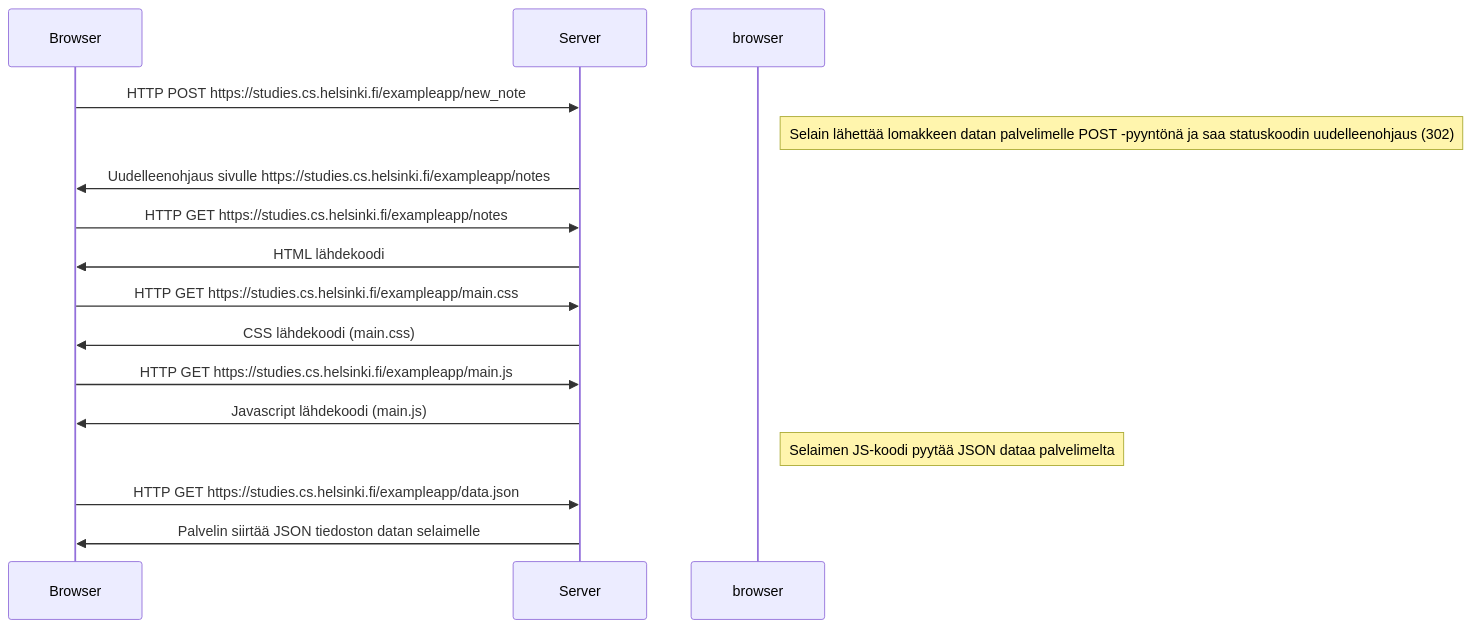
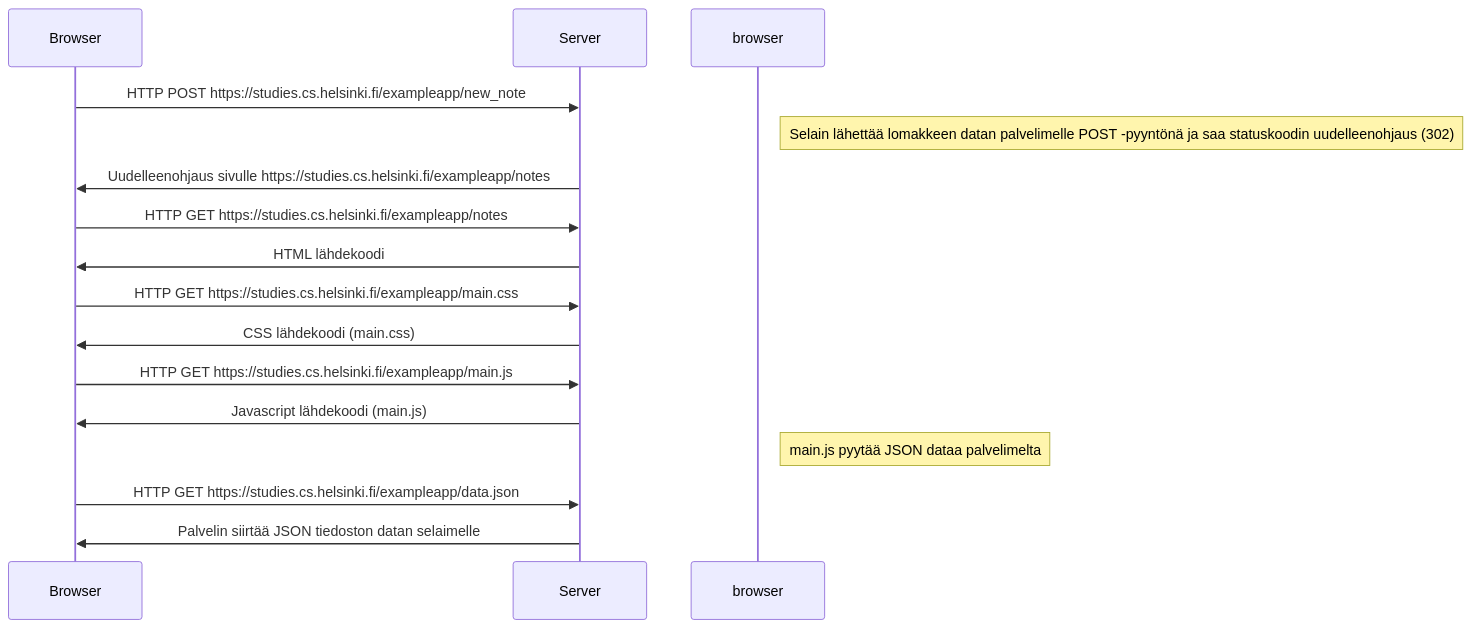
The diagram in osa0/tehtava0.4.md (saaskilahtij/fullstackopen), drawn with Mermaid before and after one commit. The commit also changed 1 other file, not shown here.

````diff
--- a/osa0/tehtava0.4.md
+++ b/osa0/tehtava0.4.md
@@ -1,18 +1,18 @@
 ```mermaid
 
 sequenceDiagram
 
   Browser ->> Server: HTTP POST https://studies.cs.helsinki.fi/exampleapp/new_note
   Note right of browser: Selain lähettää lomakkeen datan palvelimelle POST -pyyntönä ja saa statuskoodin uudelleenohjaus (302)
   Server ->> Browser: Uudelleenohjaus sivulle https://studies.cs.helsinki.fi/exampleapp/notes
   Browser ->> Server: HTTP GET https://studies.cs.helsinki.fi/exampleapp/notes
   Server ->> Browser: HTML lähdekoodi
   Browser ->> Server: HTTP GET https://studies.cs.helsinki.fi/exampleapp/main.css
   Server ->> Browser: CSS lähdekoodi (main.css)
   Browser ->> Server: HTTP GET https://studies.cs.helsinki.fi/exampleapp/main.js
   Server ->> Browser: Javascript lähdekoodi (main.js)
-  Note right of browser: Selaimen JS-koodi pyytää JSON dataa palvelimelta
+  Note right of browser: main.js pyytää JSON dataa palvelimelta
   Browser ->> Server: HTTP GET https://studies.cs.helsinki.fi/exampleapp/data.json
   Server ->> Browser: Palvelin siirtää JSON tiedoston datan selaimelle
-  
+
 ```
````
